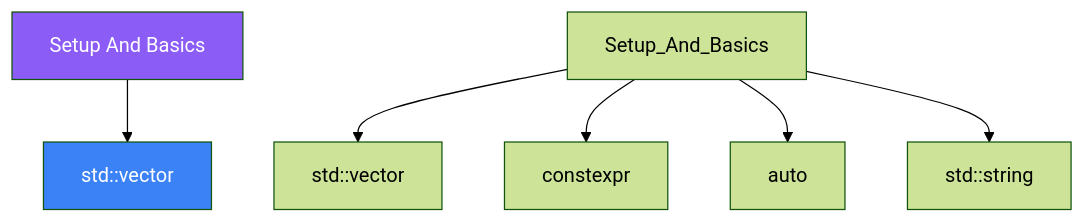
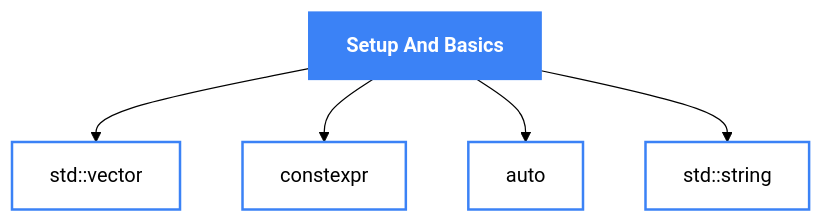
One commit to AI-Maddy/Learn-Modern-CPP-OOP-30-Days changed the diagram in mkdocs-site/docs/days/day-00/02-definition.md. Above: the diagram before and after it, drawn with Mermaid (forest theme). The commit also changed 99 other files, not shown here.

````diff
--- a/mkdocs-site/docs/days/day-00/02-definition.md
+++ b/mkdocs-site/docs/days/day-00/02-definition.md
@@ -123,10 +123,12 @@
 ```mermaid
 graph TD
-    ROOT["Setup And Basics"] --> A["std::vector"]
-    Setup_And_Basics --> stdvector["std::vector"]
-    Setup_And_Basics --> constexpr["constexpr"]
-    Setup_And_Basics --> auto["auto"]
-    Setup_And_Basics --> stdstring["std::string"]
-    style ROOT fill:#8b5cf6,color:#fff
-    style A    fill:#3b82f6,color:#fff
+    ROOT["Setup And Basics"]
+    ROOT --> n0["std::vector"]
+    ROOT --> n1["constexpr"]
+    ROOT --> n2["auto"]
+    ROOT --> n3["std::string"]
+    classDef topic fill:#3b82f6,stroke:#3b82f6,color:#ffffff,font-weight:bold
+    classDef concept fill:transparent,stroke:#3b82f6,stroke-width:2px
+    class ROOT topic
+    class n0,n1,n2,n3 concept
 ```
````
